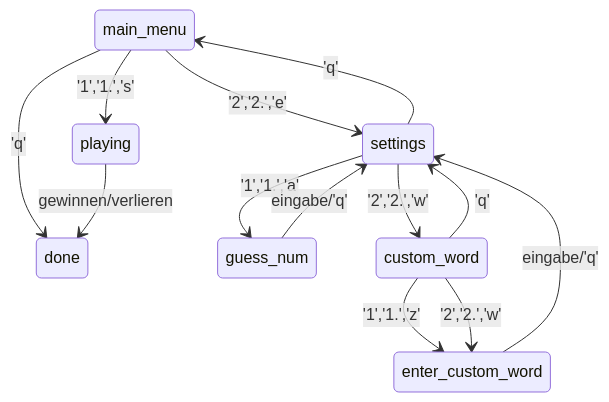
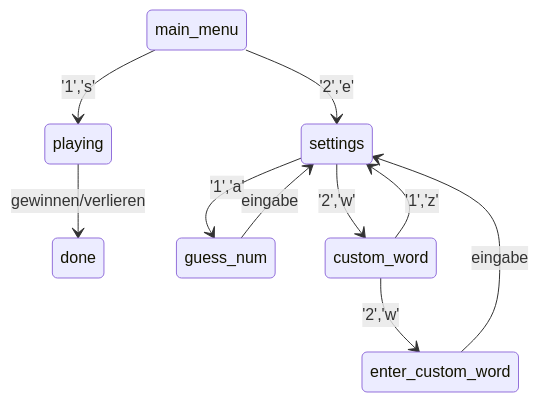
The first of 2 diagrams in README.md (peter-schweitzer/hang_dude), drawn with Mermaid before and after one commit. The commit also changed 1 other file, not shown here.

Commit message:
things n stuff

````diff
--- a/README.md
+++ b/README.md
@@ -124,21 +124,17 @@
 ```mermaid
 stateDiagram-v2
 
-main_menu --> done: 'q'
-
-main_menu --> playing: '1','1.','s'
+main_menu --> playing: '1','s'
 playing --> done: gewinnen/verlieren
 
-main_menu --> settings: '2','2.','e'
-settings --> main_menu: 'q'
-settings --> guess_num: '1','1.','a'
-settings --> custom_word: '2','2.','w'
+main_menu --> settings: '2','e'
+settings --> guess_num: '1','a'
+settings --> custom_word: '2','w'
 
-guess_num --> settings: eingabe/'q'
+guess_num --> settings: eingabe
 
-custom_word --> settings: 'q'
-custom_word --> enter_custom_word: '1','1.','z'
-custom_word --> enter_custom_word: '2','2.','w'
+custom_word --> settings: '1','z'
+custom_word --> enter_custom_word: '2','w'
 
-enter_custom_word --> settings: eingabe/'q'
+enter_custom_word --> settings: eingabe
 ```
````
